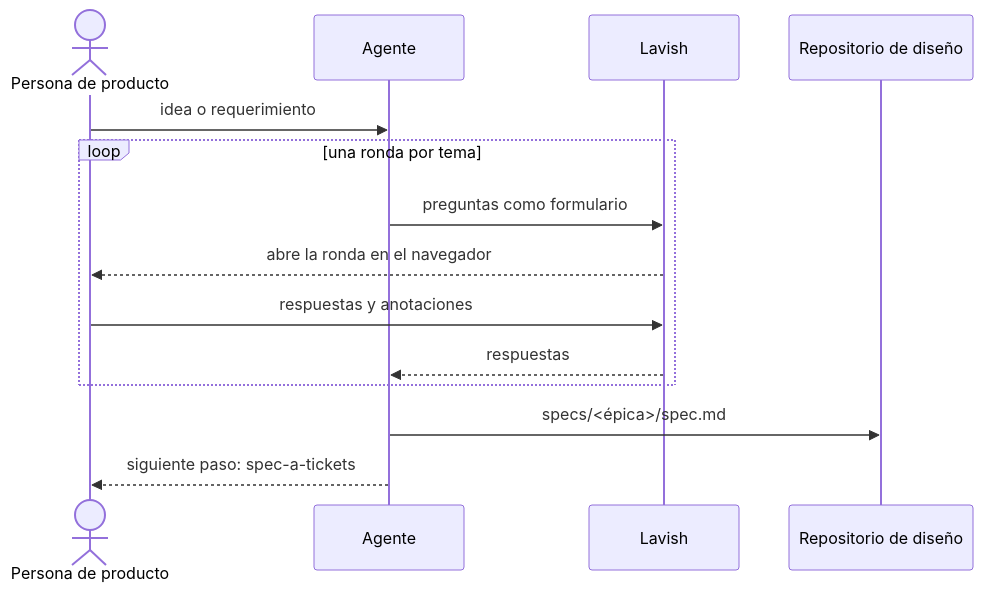
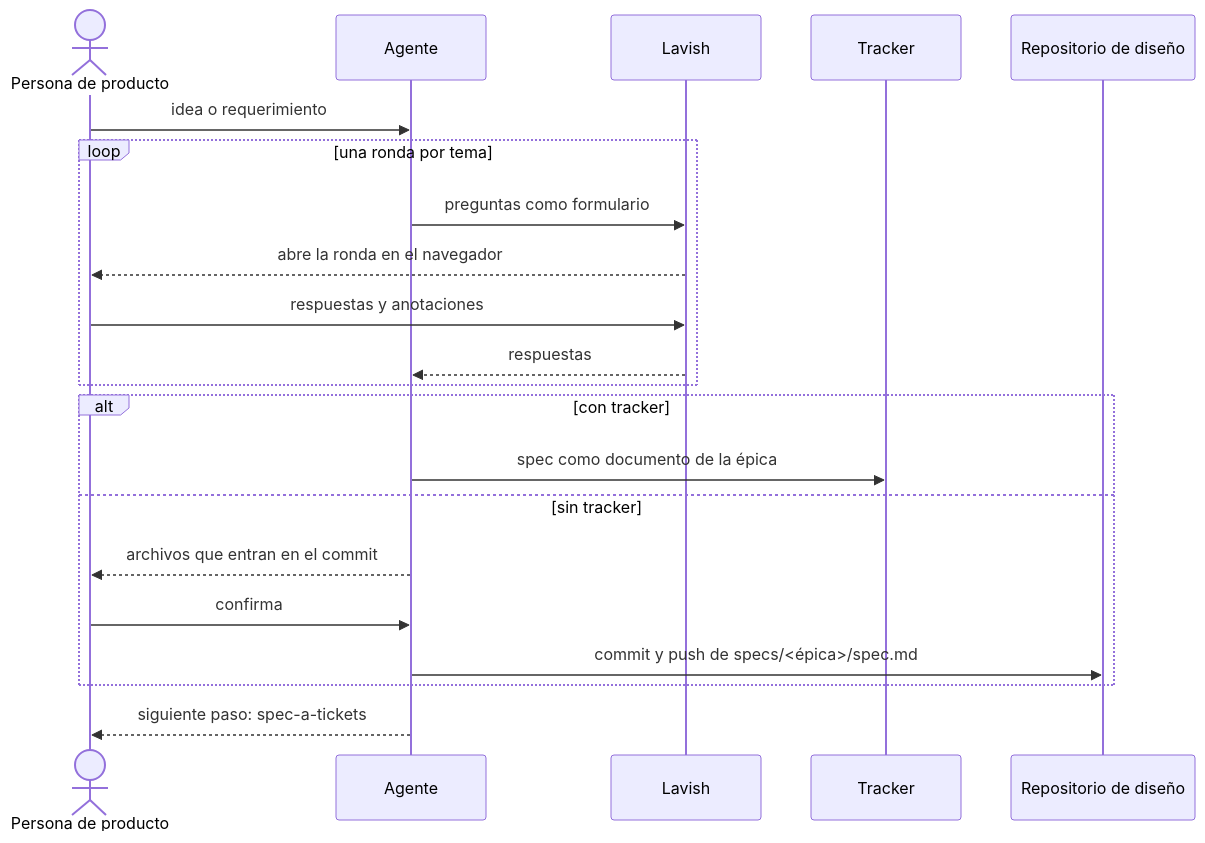
Before and after one commit to grez-lucas/design-flow-skills: the second of 2 diagrams in README.md, drawn with Mermaid. The commit also changed other lines of this file, not shown here.

Commit message:
docs: precisar los diagramas de uso

````diff
--- a/README.md
+++ b/README.md
@@ -43,16 +45,23 @@
 ```mermaid
 sequenceDiagram
     actor P as Persona de producto
     participant A as Agente
     participant L as Lavish
+    participant T as Tracker
     participant R as Repositorio de diseño
     P->>A: idea o requerimiento
     loop una ronda por tema
         A->>L: preguntas como formulario
         L-->>P: abre la ronda en el navegador
         P->>L: respuestas y anotaciones
         L-->>A: respuestas
     end
-    A->>R: specs/<épica>/spec.md
+    alt con tracker
+        A->>T: spec como documento de la épica
+    else sin tracker
+        A-->>P: archivos que entran en el commit
+        P->>A: confirma
+        A->>R: commit y push de specs/<épica>/spec.md
+    end
     A-->>P: siguiente paso: spec-a-tickets
 ```
````
